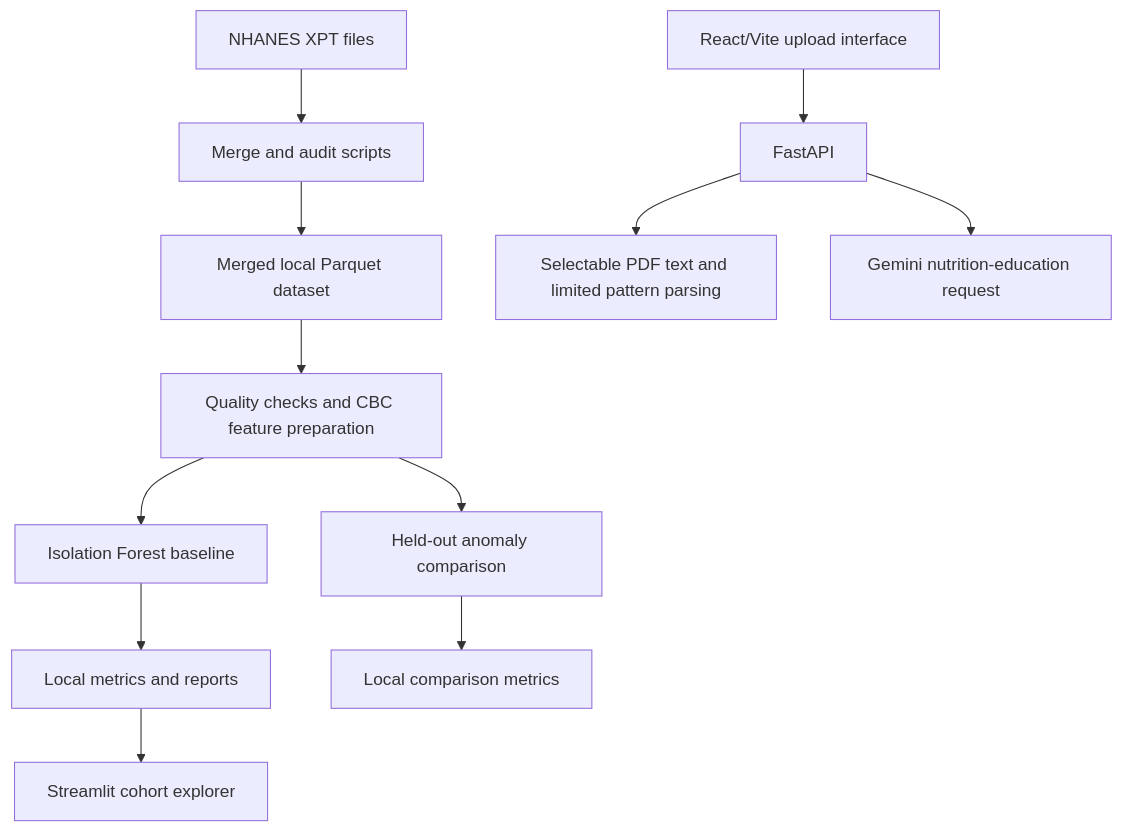
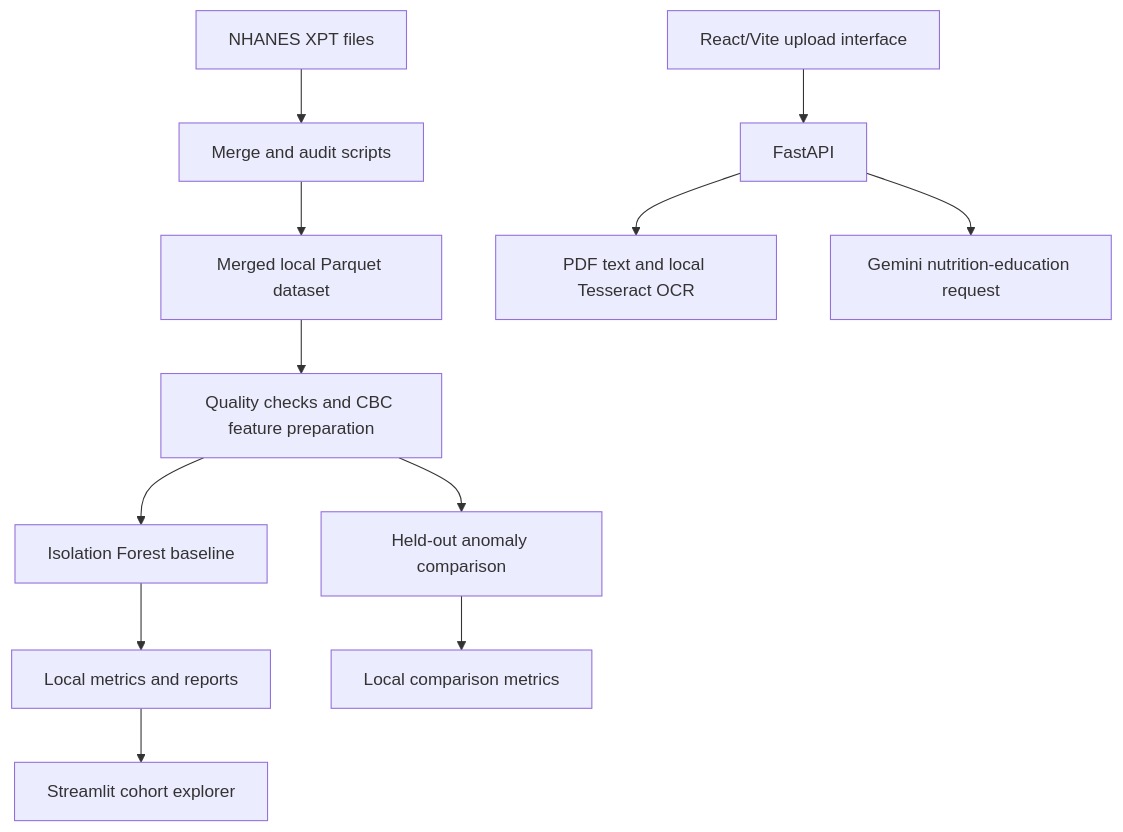
One commit to Sambhav-Ja1n/nutrifix-blood-report-ai-diet-recommender changed the diagram in README.md. Above: the diagram before and after it, drawn with Mermaid. The commit also changed other lines of this file and 9 other files, not shown here.

````diff
--- a/README.md
+++ b/README.md
@@ -26,14 +26,14 @@
 ```mermaid
 flowchart TD
   A[NHANES XPT files] --> B[Merge and audit scripts]
   B --> C[Merged local Parquet dataset]
   C --> D[Quality checks and CBC feature preparation]
   D --> E[Isolation Forest baseline]
   E --> F[Local metrics and reports]
   F --> G[Streamlit cohort explorer]
   D --> H[Held-out anomaly comparison]
   H --> I[Local comparison metrics]
   J[React/Vite upload interface] --> K[FastAPI]
-  K --> L[Selectable PDF text and limited pattern parsing]
+  K --> L[PDF text and local Tesseract OCR]
   K --> M[Gemini nutrition-education request]
 ```
````
